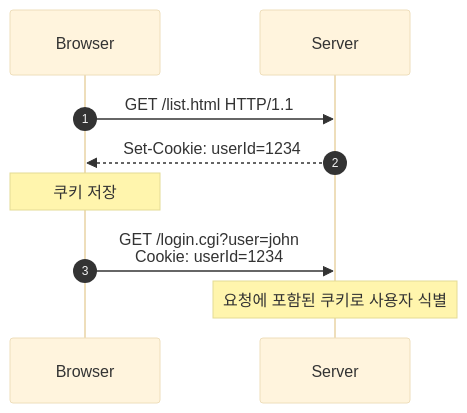
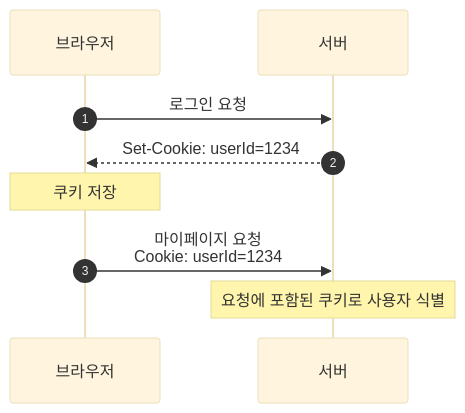
Before and after one commit to toctoce/TIL: the first of 3 diagrams in web/쿠키 & 세션 & 토큰/쿠키 & 세션 & 토큰.md, drawn with Mermaid (base theme). The commit also changed other lines of this file, not shown here.

````diff
--- a/web/쿠키 & 세션 & 토큰/쿠키 & 세션 & 토큰.md
+++ b/web/쿠키 & 세션 & 토큰/쿠키 & 세션 & 토큰.md
@@ -12,13 +12,13 @@
 ```mermaid
 sequenceDiagram
     autonumber
-    participant Browser as Browser
-    participant Server as Server
+    participant Browser as 브라우저
+    participant Server as 서버
 
-    Browser->>Server: GET /list.html HTTP/1.1
+    Browser->>Server: 로그인 요청
     Server-->>Browser: Set-Cookie: userId=1234
     Note over Browser: 쿠키 저장
 
-    Browser->>Server: GET /login.cgi?user=john<br/>Cookie: userId=1234
+    Browser->>Server: 마이페이지 요청<br/>Cookie: userId=1234
     Note over Server: 요청에 포함된 쿠키로 사용자 식별
 ```
````
